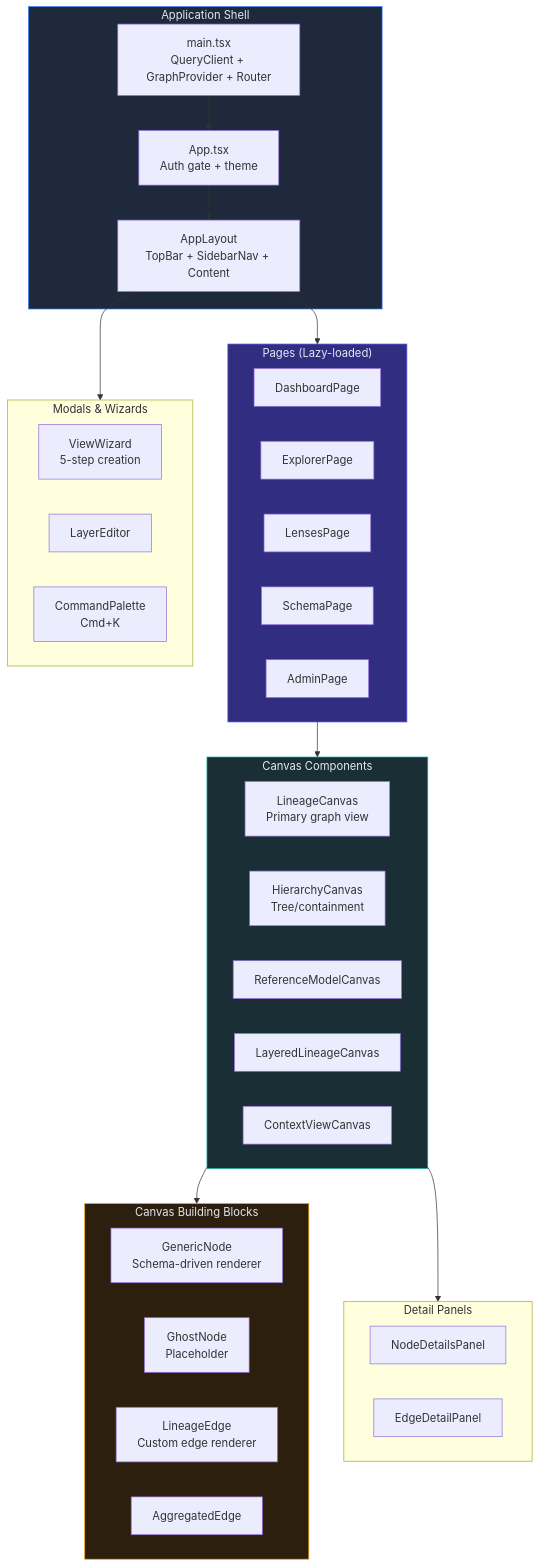
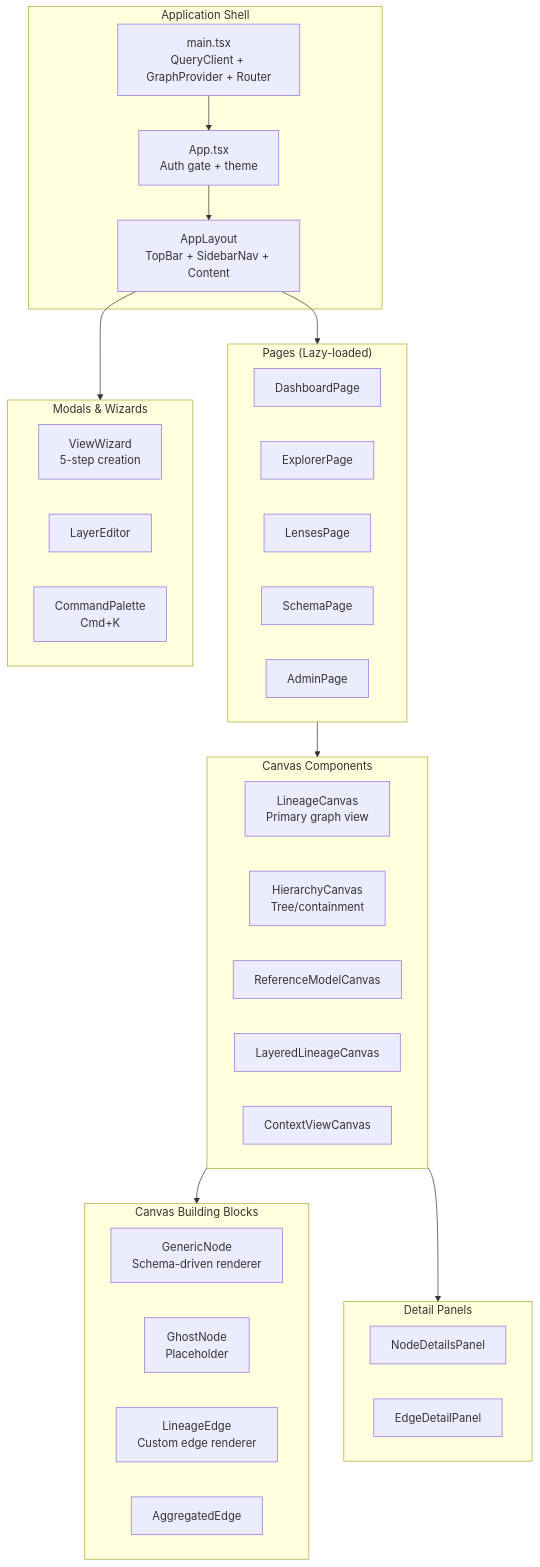
One commit to rkrumins/dataviz changed the first of 11 diagrams in docs/FRONTEND.md. Above: the diagram before and after it, drawn with Mermaid. The commit also changed other lines of this file and 46 other files, not shown here.

````diff
--- a/docs/FRONTEND.md
+++ b/docs/FRONTEND.md
@@ -40,54 +40,50 @@
 ```mermaid
 graph TB
     subgraph App["Application Shell"]
         Main["main.tsx<br/>QueryClient + GraphProvider + Router"]
         AppComp["App.tsx<br/>Auth gate + theme"]
         Layout["AppLayout<br/>TopBar + SidebarNav + Content"]
     end
 
     subgraph Pages["Pages (Lazy-loaded)"]
         Dashboard["DashboardPage"]
         Explorer["ExplorerPage"]
         Lenses["LensesPage"]
         Schema["SchemaPage"]
         Admin["AdminPage"]
     end
 
     subgraph Canvas["Canvas Components"]
         Lineage["LineageCanvas<br/>Primary graph view"]
         Hierarchy["HierarchyCanvas<br/>Tree/containment"]
         Reference["ReferenceModelCanvas"]
         Layered["LayeredLineageCanvas"]
         ContextView["ContextViewCanvas"]
     end
 
     subgraph CanvasParts["Canvas Building Blocks"]
         GenericNode["GenericNode<br/>Schema-driven renderer"]
         GhostNode["GhostNode<br/>Placeholder"]
         LineageEdge["LineageEdge<br/>Custom edge renderer"]
         AggEdge["AggregatedEdge"]
     end
 
     subgraph Panels["Detail Panels"]
         NodePanel["NodeDetailsPanel"]
         EdgePanel["EdgeDetailPanel"]
     end
 
     subgraph Modals["Modals & Wizards"]
         ViewWizard["ViewWizard<br/>5-step creation"]
         LayerEditor["LayerEditor"]
         CmdPalette["CommandPalette<br/>Cmd+K"]
     end
 
     Main --> AppComp --> Layout
     Layout --> Pages
     Pages --> Canvas
     Canvas --> CanvasParts
     Canvas --> Panels
     Layout --> Modals
 
-    style App fill:#1e293b,stroke:#3b82f6,color:#e2e8f0
-    style Pages fill:#312e81,stroke:#6366f1,color:#e2e8f0
-    style Canvas fill:#1a2e35,stroke:#14b8a6,color:#e2e8f0
-    style CanvasParts fill:#2d1f0e,stroke:#f59e0b,color:#e2e8f0
 ```
````
